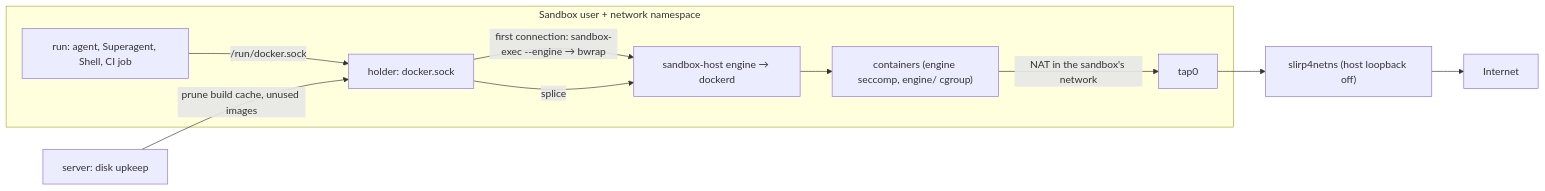
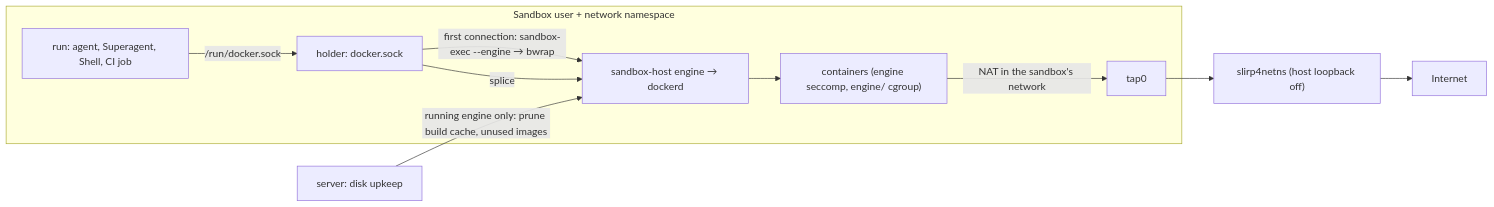
One commit to Quartio-Studio/yulius changed the fourth of 38 diagrams in docs/architecture.md. Above: the diagram before and after it, drawn with Mermaid. The commit also changed other lines of this file and 7 other files, not shown here.

Commit message:
fix(sandbox): review round 2: prune only a running engine through its control socket; refuse a writable executable; docs

````diff
--- a/docs/architecture.md
+++ b/docs/architecture.md
@@ -106,12 +107,12 @@
 ```mermaid
 flowchart LR
   subgraph NS["Sandbox user + network namespace"]
     R["run: agent, Superagent, Shell, CI job"] -->|"/run/docker.sock"| H["holder: docker.sock"]
     H -->|"first connection: sandbox-exec --engine → bwrap"| E["sandbox-host engine → dockerd"]
     H -->|"splice"| E
     E --> C["containers (engine seccomp, engine/ cgroup)"]
     C -->|"NAT in the sandbox's network"| T["tap0"]
   end
   T --> S["slirp4netns (host loopback off)"] --> I["Internet"]
-  M["server: disk upkeep"] -->|"prune build cache, unused images"| H
+  M["server: disk upkeep"] -->|"running engine only: prune build cache, unused images"| E
 ```
````
